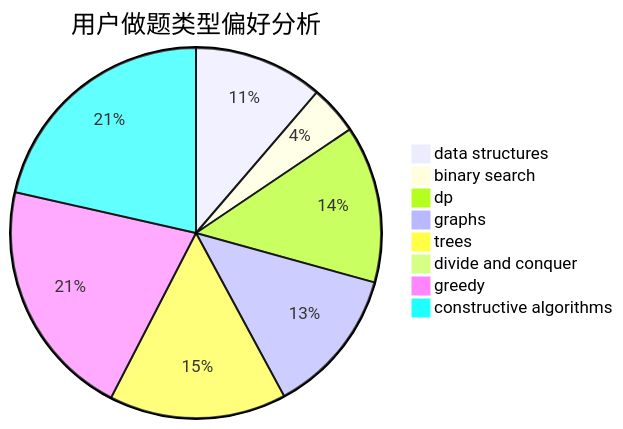
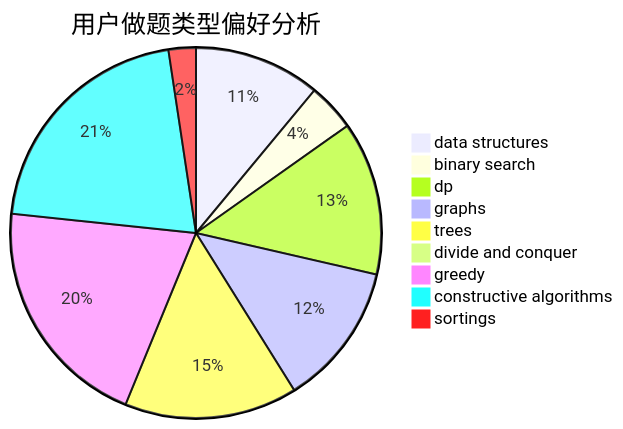
One commit to sherpahu/cfrs.github.io changed the second of 3 diagrams in docs/user/u2465.md. Above: the diagram before and after it, drawn with Mermaid. The commit also changed other lines of this file and 2769 other files, not shown here.

````diff
--- a/docs/user/u2465.md
+++ b/docs/user/u2465.md
@@ -23,11 +18,12 @@
 ```mermaid
 pie title 用户做题类型偏好分析
     "data structures" :  111
     "binary search" :  42
     "dp" :  135
     "graphs" :  126
     "trees" :  152
     "divide and conquer" :  3
     "greedy" :  206
     "constructive algorithms" :  211
+    "sortings" :  24
 ```
````
